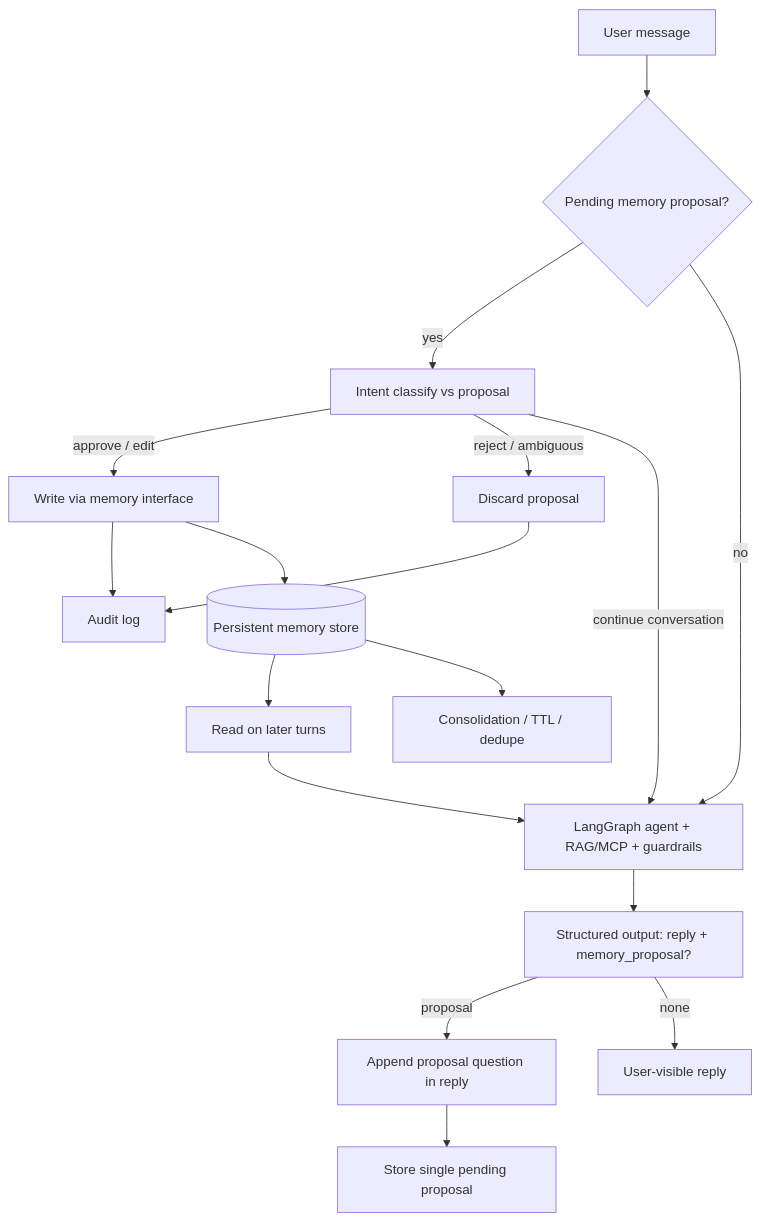
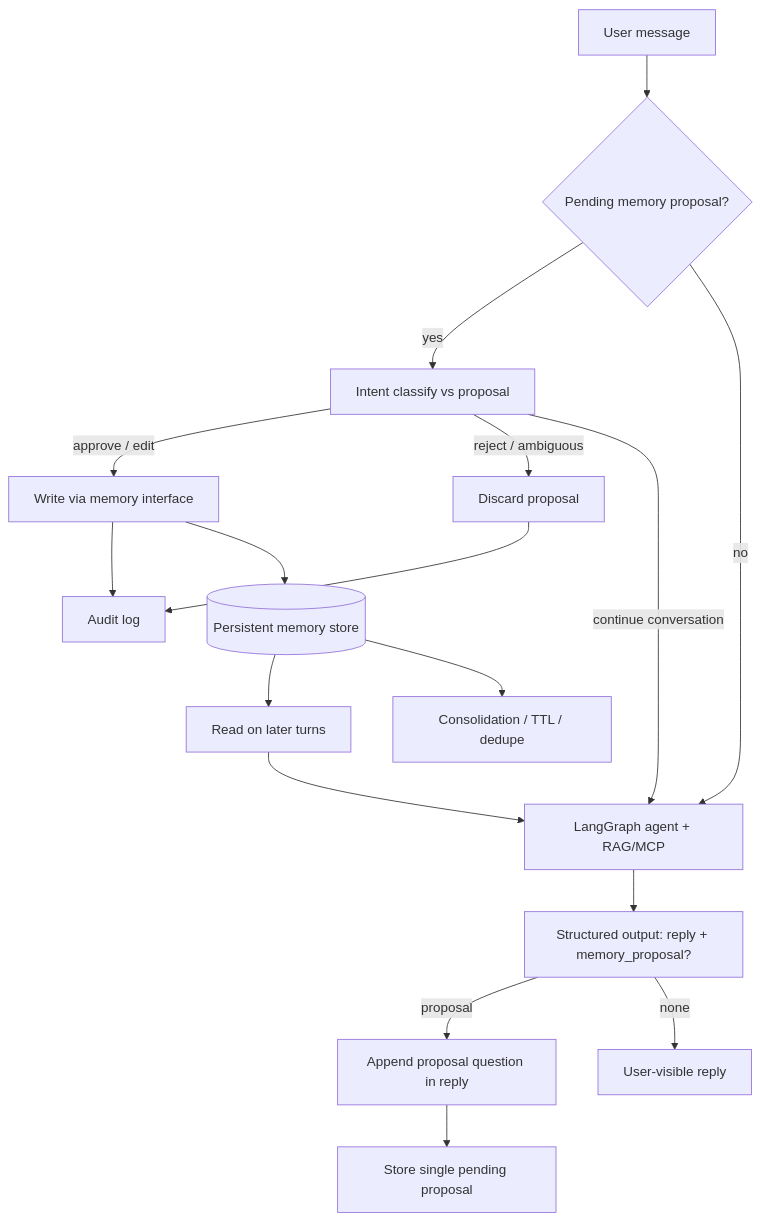
Before and after one commit to 4GeeksAcademy/ai-engineering-syllabus: the diagram in content/projects/ai-eng-milestone-agentic-engineering/.learn/solution/README.md, drawn with Mermaid. The commit also changed other lines of this file and 37 other files, not shown here.

````diff
--- a/content/projects/ai-eng-milestone-agentic-engineering/.learn/solution/README.md
+++ b/content/projects/ai-eng-milestone-agentic-engineering/.learn/solution/README.md
@@ -9,19 +9,19 @@
 ```mermaid
 flowchart TD
   U[User message] --> PEND{Pending memory proposal?}
   PEND -->|yes| CLS[Intent classify vs proposal]
   CLS -->|approve / edit| WRITE[Write via memory interface]
   CLS -->|reject / ambiguous| DROP[Discard proposal]
   WRITE --> AUDIT[Audit log]
   DROP --> AUDIT
   CLS -->|continue conversation| AGENT
-  PEND -->|no| AGENT[LangGraph agent + RAG/MCP + guardrails]
+  PEND -->|no| AGENT[LangGraph agent + RAG/MCP]
   AGENT --> SO[Structured output: reply + memory_proposal?]
   SO -->|proposal| ASK[Append proposal question in reply]
   ASK --> STATE[Store single pending proposal]
   SO -->|none| RESP[User-visible reply]
   WRITE --> MEM[(Persistent memory store)]
   MEM --> READ[Read on later turns]
   READ --> AGENT
   MEM --> CLEAN[Consolidation / TTL / dedupe]
 ```
````
